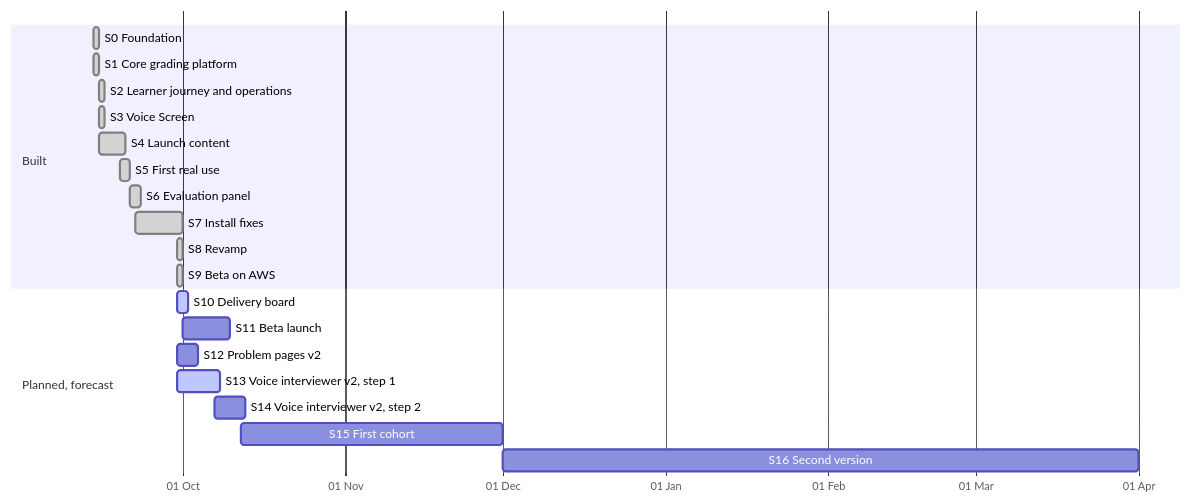
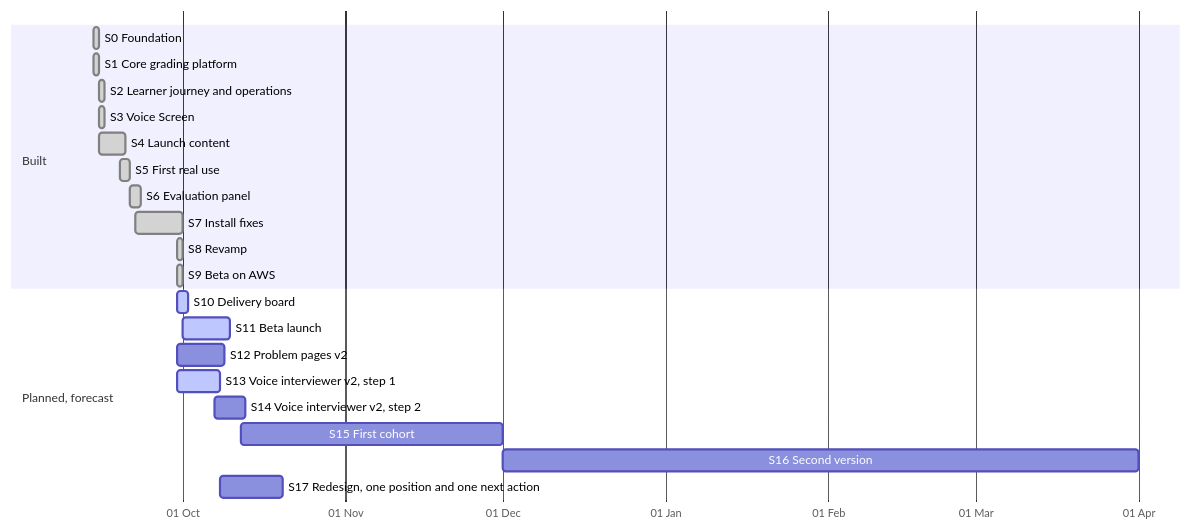
Before and after one commit to fde-academy-lab/fdeprep: the diagram in docs/project/README.md, drawn with Mermaid. The commit also changed other lines of this file and 680 other files, not shown here.

````diff
--- a/docs/project/README.md
+++ b/docs/project/README.md
@@ -28,24 +28,25 @@
 ```mermaid
 gantt
   dateFormat YYYY-MM-DD
   axisFormat %d %b
   section Built
   S0 Foundation :done, s0, 2026-09-14, 1d
   S1 Core grading platform :done, s1, 2026-09-14, 1d
   S2 Learner journey and operations :done, s2, 2026-09-15, 1d
   S3 Voice Screen :done, s3, 2026-09-15, 1d
   S4 Launch content :done, s4, 2026-09-15, 5d
   S5 First real use :done, s5, 2026-09-19, 2d
   S6 Evaluation panel :done, s6, 2026-09-21, 2d
   S7 Install fixes :done, s7, 2026-09-22, 9d
   S8 Revamp :done, s8, 2026-09-30, 1d
   S9 Beta on AWS :done, s9, 2026-09-30, 1d
   section Planned, forecast
   S10 Delivery board :active, s10, 2026-09-30, 2d
-  S11 Beta launch :s11, 2026-10-01, 9d
-  S12 Problem pages v2 :s12, 2026-09-30, 4d
+  S11 Beta launch :active, s11, 2026-10-01, 9d
+  S12 Problem pages v2 :s12, 2026-09-30, 9d
   S13 Voice interviewer v2, step 1 :active, s13, 2026-09-30, 8d
   S14 Voice interviewer v2, step 2 :s14, 2026-10-07, 6d
   S15 First cohort :s15, 2026-10-12, 50d
   S16 Second version :s16, 2026-12-01, 121d
+  S17 Redesign, one position and one next action :s17, 2026-10-08, 12d
 ```
````
